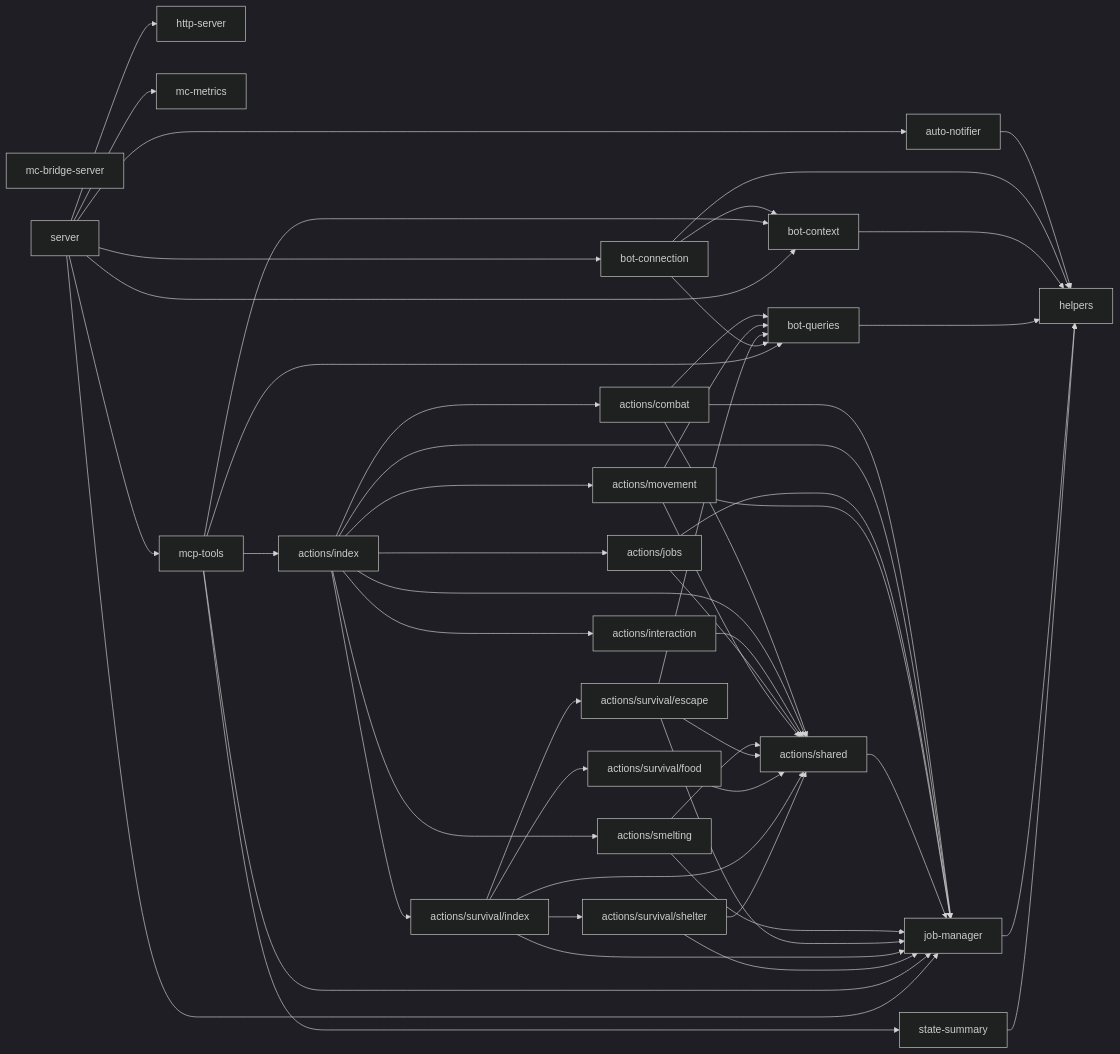
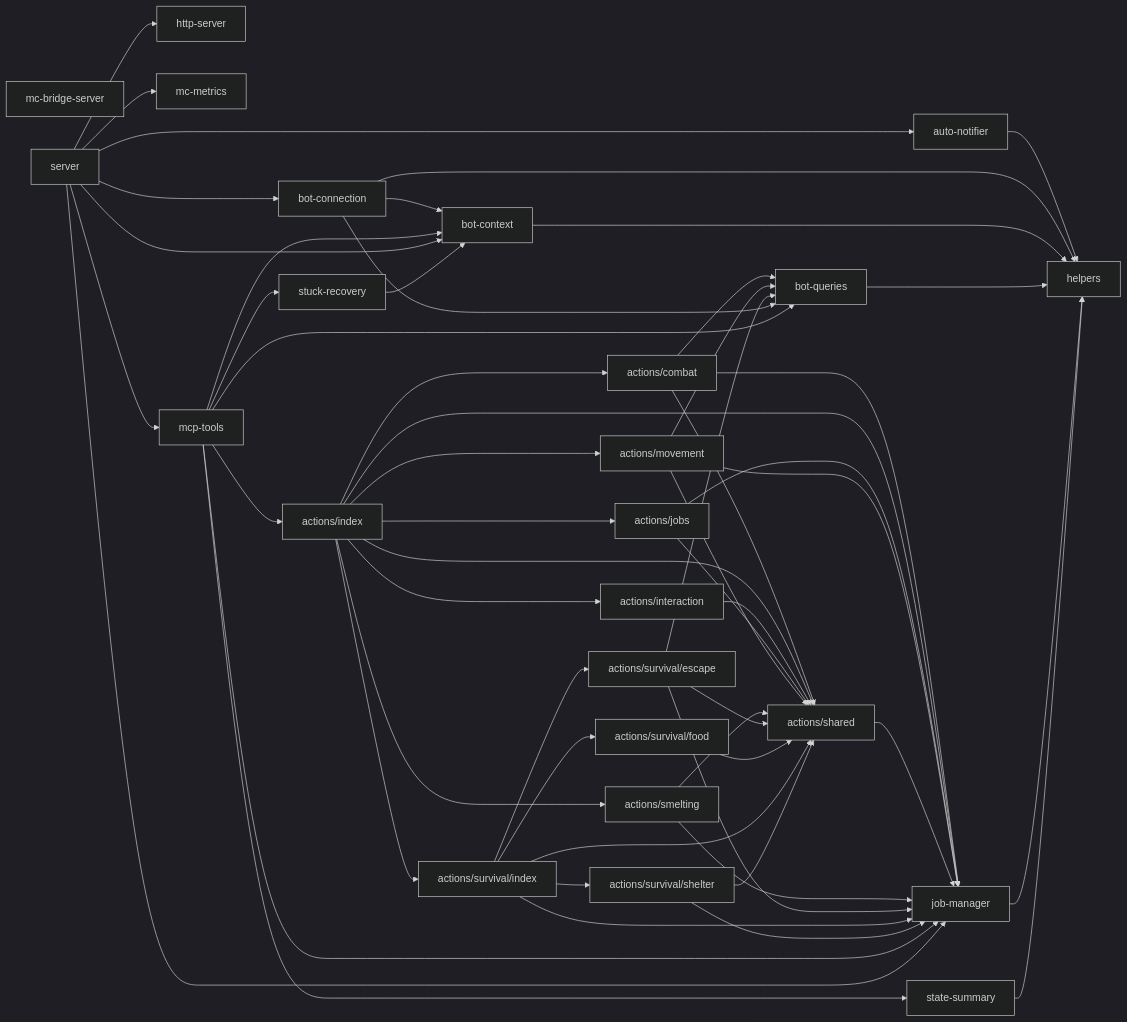
The diagram in packages/minecraft/DEPS.md (OJII3/vicissitude), drawn with Mermaid (dark theme) before and after one commit. The commit also changed other lines of this file and 11 other files, not shown here.

````diff
--- a/packages/minecraft/DEPS.md
+++ b/packages/minecraft/DEPS.md
@@ -7,58 +7,60 @@
 ```mermaid
 graph LR
   actions_combat["actions/combat"] --> actions_shared["actions/shared"]
   actions_combat["actions/combat"] --> bot_queries["bot-queries"]
   actions_combat["actions/combat"] --> job_manager["job-manager"]
   actions_index["actions/index"] --> actions_combat["actions/combat"]
   actions_index["actions/index"] --> actions_interaction["actions/interaction"]
   actions_index["actions/index"] --> actions_jobs["actions/jobs"]
   actions_index["actions/index"] --> actions_movement["actions/movement"]
   actions_index["actions/index"] --> actions_shared["actions/shared"]
   actions_index["actions/index"] --> actions_smelting["actions/smelting"]
   actions_index["actions/index"] --> actions_survival_index["actions/survival/index"]
   actions_index["actions/index"] --> job_manager["job-manager"]
   actions_interaction["actions/interaction"] --> actions_shared["actions/shared"]
   actions_jobs["actions/jobs"] --> actions_shared["actions/shared"]
   actions_jobs["actions/jobs"] --> job_manager["job-manager"]
   actions_movement["actions/movement"] --> actions_shared["actions/shared"]
   actions_movement["actions/movement"] --> bot_queries["bot-queries"]
   actions_movement["actions/movement"] --> job_manager["job-manager"]
   actions_shared["actions/shared"] --> job_manager["job-manager"]
   actions_smelting["actions/smelting"] --> actions_shared["actions/shared"]
   actions_smelting["actions/smelting"] --> job_manager["job-manager"]
   actions_survival_escape["actions/survival/escape"] --> actions_shared["actions/shared"]
   actions_survival_escape["actions/survival/escape"] --> bot_queries["bot-queries"]
   actions_survival_escape["actions/survival/escape"] --> job_manager["job-manager"]
   actions_survival_food["actions/survival/food"] --> actions_shared["actions/shared"]
   actions_survival_index["actions/survival/index"] --> actions_shared["actions/shared"]
   actions_survival_index["actions/survival/index"] --> actions_survival_escape["actions/survival/escape"]
   actions_survival_index["actions/survival/index"] --> actions_survival_food["actions/survival/food"]
   actions_survival_index["actions/survival/index"] --> actions_survival_shelter["actions/survival/shelter"]
   actions_survival_index["actions/survival/index"] --> job_manager["job-manager"]
   actions_survival_shelter["actions/survival/shelter"] --> actions_shared["actions/shared"]
   actions_survival_shelter["actions/survival/shelter"] --> job_manager["job-manager"]
   auto_notifier["auto-notifier"] --> helpers
   bot_connection["bot-connection"] --> bot_context["bot-context"]
   bot_connection["bot-connection"] --> bot_queries["bot-queries"]
   bot_connection["bot-connection"] --> helpers
   bot_context["bot-context"] --> helpers
   bot_queries["bot-queries"] --> helpers
   helpers
   http_server["http-server"]
   job_manager["job-manager"] --> helpers
   mc_bridge_server["mc-bridge-server"]
   mc_metrics["mc-metrics"]
   mcp_tools["mcp-tools"] --> actions_index["actions/index"]
   mcp_tools["mcp-tools"] --> bot_context["bot-context"]
   mcp_tools["mcp-tools"] --> bot_queries["bot-queries"]
   mcp_tools["mcp-tools"] --> job_manager["job-manager"]
   mcp_tools["mcp-tools"] --> state_summary["state-summary"]
+  mcp_tools["mcp-tools"] --> stuck_recovery["stuck-recovery"]
   server --> auto_notifier["auto-notifier"]
   server --> bot_connection["bot-connection"]
   server --> bot_context["bot-context"]
   server --> http_server["http-server"]
   server --> job_manager["job-manager"]
   server --> mc_metrics["mc-metrics"]
   server --> mcp_tools["mcp-tools"]
   state_summary["state-summary"] --> helpers
+  stuck_recovery["stuck-recovery"] --> bot_context["bot-context"]
 ```
````
